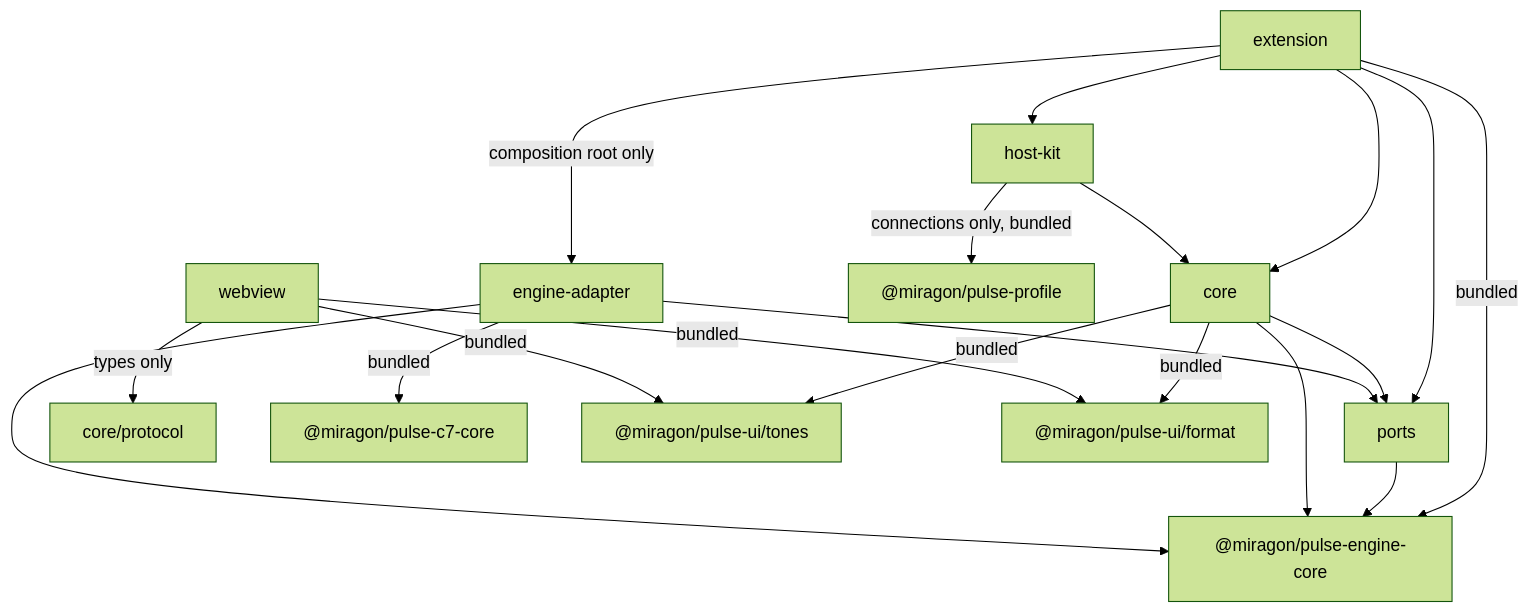
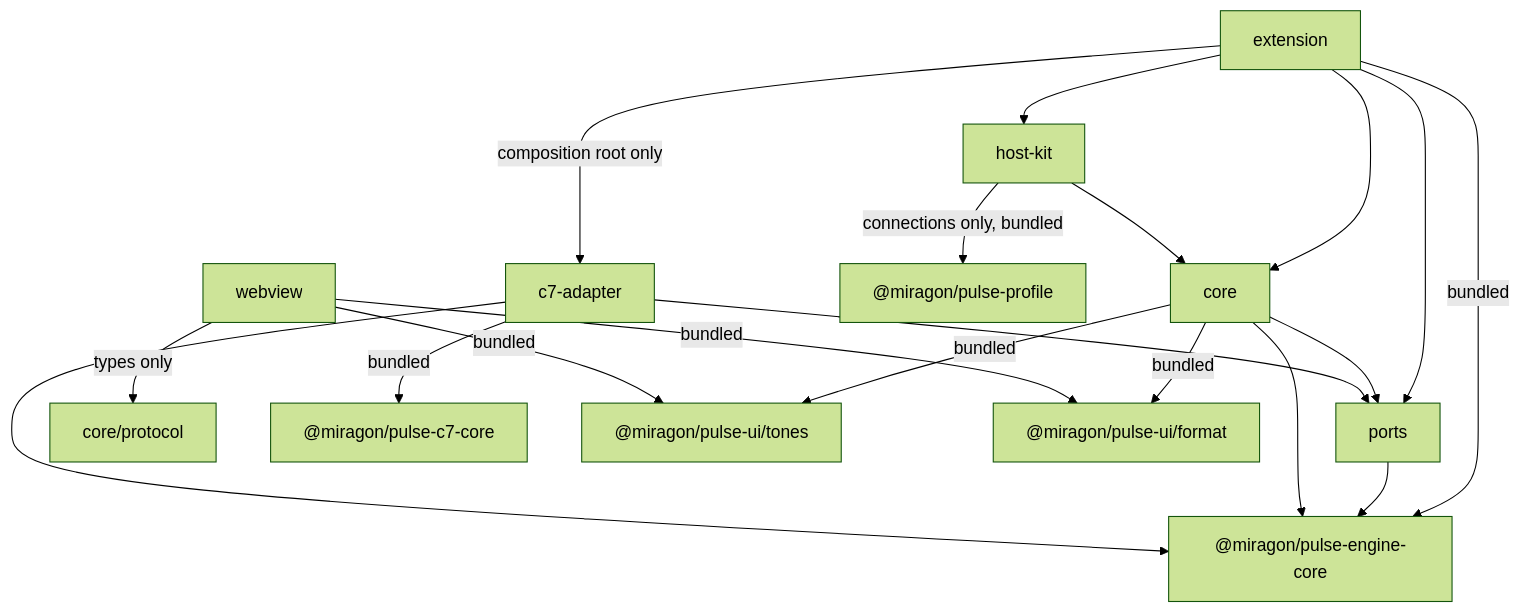
Before and after one commit to Miragon/pulse: the third of 7 diagrams in apps/vscode/docs/architecture-overview.md, drawn with Mermaid (forest theme). The commit also changed other lines of this file and 174 other files, not shown here.

````diff
--- a/apps/vscode/docs/architecture-overview.md
+++ b/apps/vscode/docs/architecture-overview.md
@@ -130,21 +130,21 @@
 ```mermaid
 flowchart TB
   extension --> core
   extension --> hostKit[host-kit]
   extension --> ports[ports]
   extension -- bundled --> engineCore["@miragon/pulse-engine-core"]
-  extension -- composition root only --> adapterC7[engine-adapter]
+  extension -- composition root only --> adapterC7[c7-adapter]
   hostKit -- connections only, bundled --> profile["@miragon/pulse-profile"]
   hostKit --> core
   ports --> engineCore
   core --> ports
   core --> engineCore
   webview -- types only --> protocol[core/protocol]
   adapterC7 --> ports
   adapterC7 --> engineCore
   adapterC7 -- bundled --> c7Core["@miragon/pulse-c7-core"]
   core -- bundled --> tones["@miragon/pulse-ui/tones"]
   webview -- bundled --> tones
   core -- bundled --> format["@miragon/pulse-ui/format"]
   webview -- bundled --> format
 ```
````
